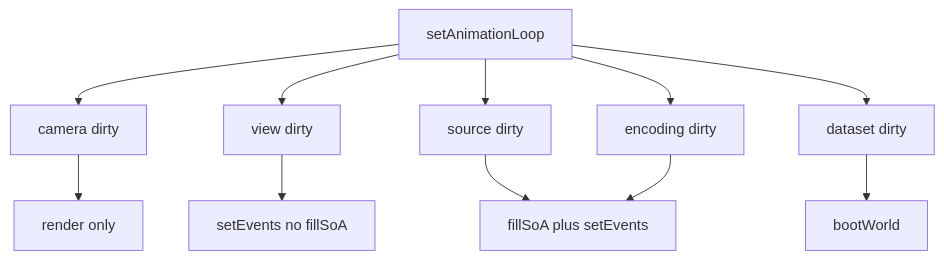
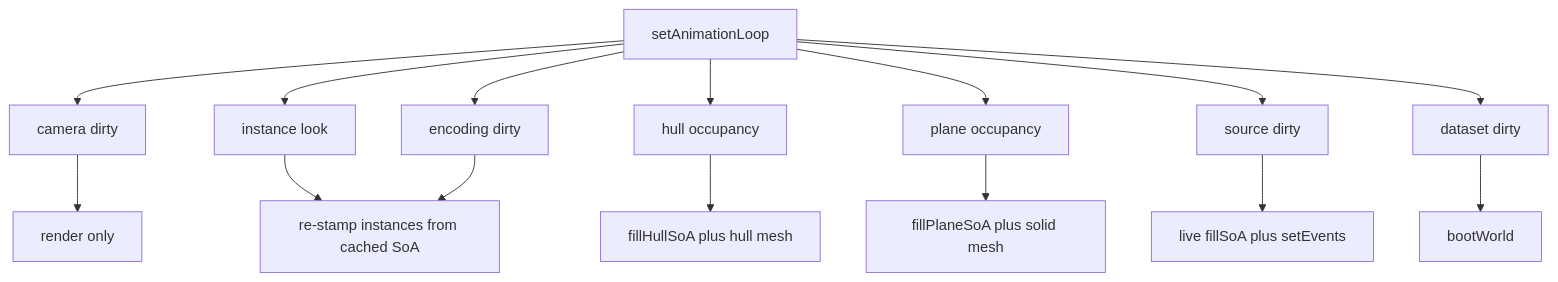
Diagram 27 of 32 in architecture.md (PiMaV/DONNER), drawn with Mermaid before and after one commit. The commit also changed other lines of this file and 24 other files, not shown here.

Commit message:
Ship inspect Ghost without rebuilding the hull, View Quality Low/Medium/High, count color scales, and Gap 5 so weak GPUs and MRI palettes stay in one viewer.

````diff
--- a/architecture.md
+++ b/architecture.md
@@ -867,19 +871,25 @@
 ```mermaid
 flowchart TB
   raf[setAnimationLoop]
   cam[camera dirty]
-  view[view dirty]
+  look[instance look]
+  hull[hull occupancy]
+  plane[plane occupancy]
   src[source dirty]
   enc[encoding dirty]
   data[dataset dirty]
   raf --> cam
-  raf --> view
+  raf --> look
+  raf --> hull
+  raf --> plane
   raf --> src
   raf --> enc
   raf --> data
   cam --> renderOnly[render only]
-  view --> setEv[setEvents no fillSoA]
-  src --> fill[fillSoA plus setEvents]
-  enc --> fill
+  look --> setEv[re-stamp instances from cached SoA]
+  hull --> fillHull[fillHullSoA plus hull mesh]
+  plane --> fillPlane[fillPlaneSoA plus solid mesh]
+  src --> fill[live fillSoA plus setEvents]
+  enc --> setEv
   data --> boot[bootWorld]
 ```
````
